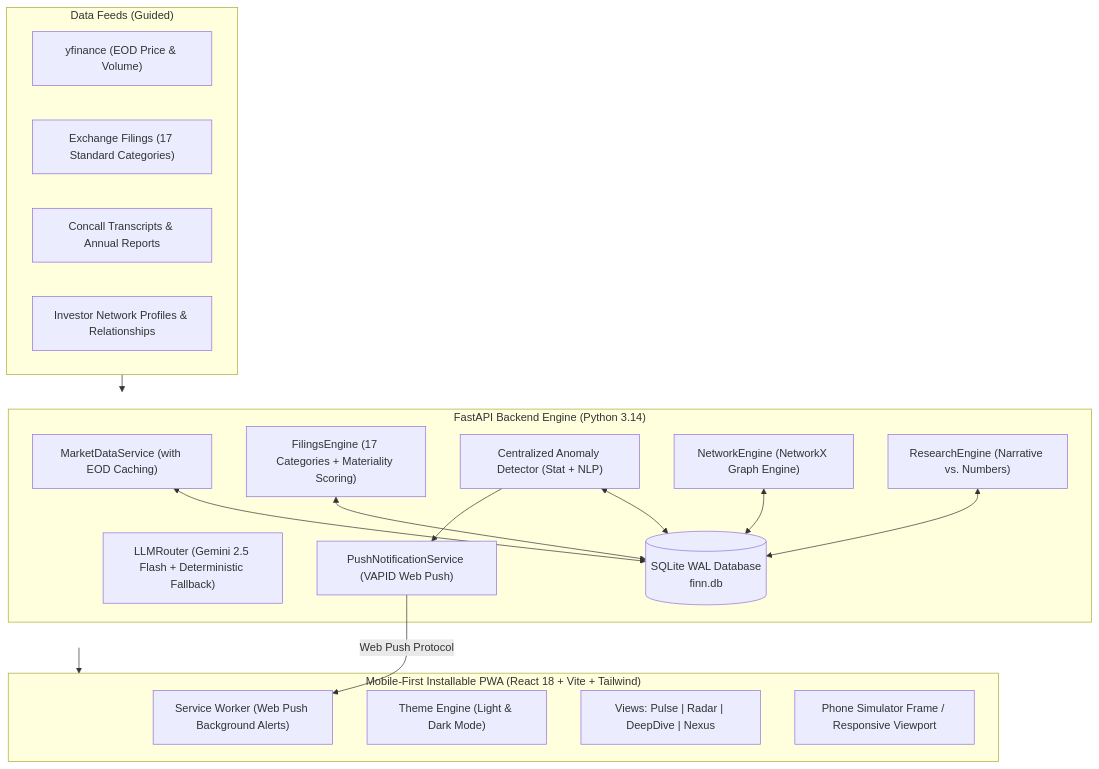
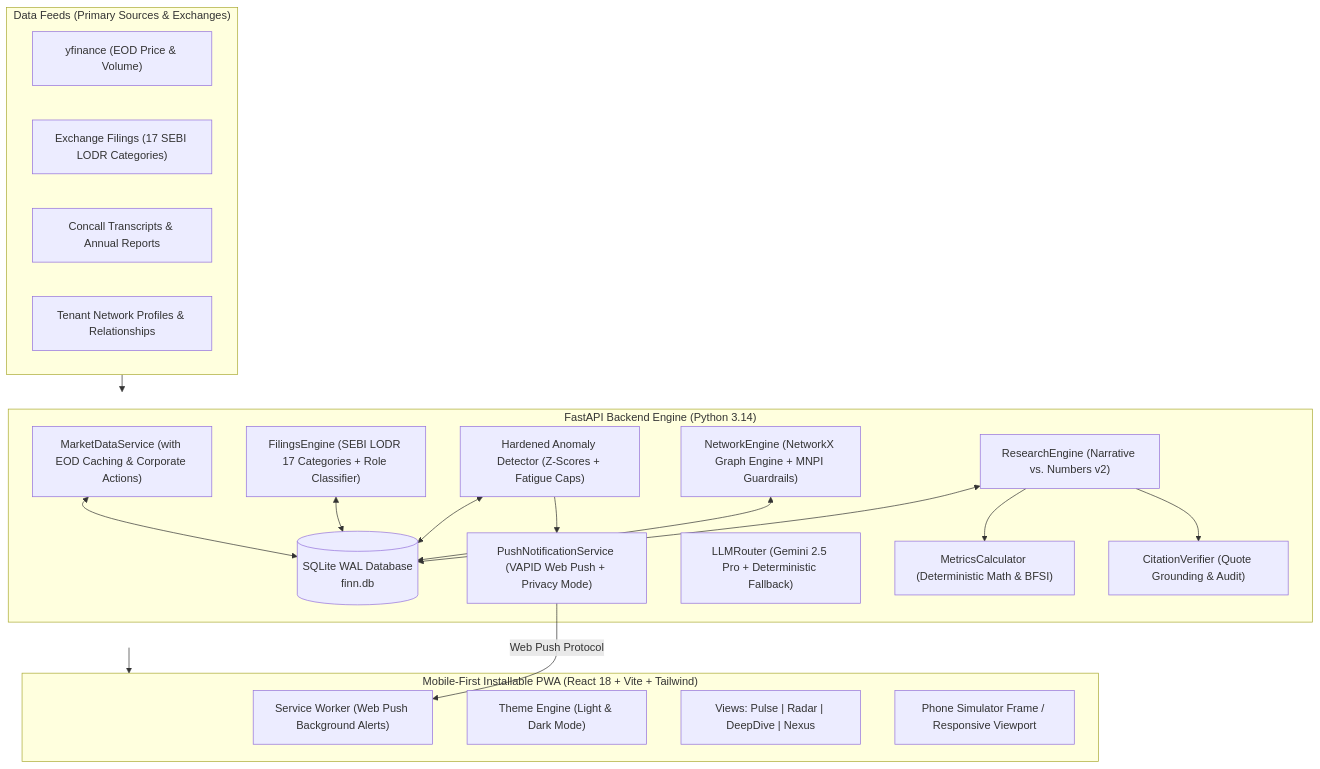
Before and after one commit to anirudh802/ENAM-task: the diagram in DOCUMENTATION.md, drawn with Mermaid. The commit also changed other lines of this file and 1 other file, not shown here.

````diff
--- a/DOCUMENTATION.md
+++ b/DOCUMENTATION.md
@@ -22,37 +22,41 @@
 ```mermaid
 flowchart TD
-    subgraph DataFeeds ["Data Feeds (Guided)"]
+    subgraph DataFeeds ["Data Feeds (Primary Sources & Exchanges)"]
         YF["yfinance (EOD Price & Volume)"]
-        Filings["Exchange Filings (17 Standard Categories)"]
+        Filings["Exchange Filings (17 SEBI LODR Categories)"]
         Transcripts["Concall Transcripts & Annual Reports"]
-        NetworkDB["Investor Network Profiles & Relationships"]
+        NetworkDB["Tenant Network Profiles & Relationships"]
     end
 
     subgraph BackendCore ["FastAPI Backend Engine (Python 3.14)"]
-        MarketService["MarketDataService (with EOD Caching)"]
-        FilingsEngine["FilingsEngine (17 Categories + Materiality Scoring)"]
-        AnomalyDetector["Centralized Anomaly Detector (Stat + NLP)"]
-        NetworkEngine["NetworkEngine (NetworkX Graph Engine)"]
-        ResearchEngine["ResearchEngine (Narrative vs. Numbers)"]
-        PushService["PushNotificationService (VAPID Web Push)"]
-        LLMRouter["LLMRouter (Gemini 2.5 Flash + Deterministic Fallback)"]
+        MarketService["MarketDataService (with EOD Caching & Corporate Actions)"]
+        FilingsEngine["FilingsEngine (SEBI LODR 17 Categories + Role Classifier)"]
+        AnomalyDetector["Hardened Anomaly Detector (Z-Scores + Fatigue Caps)"]
+        NetworkEngine["NetworkEngine (NetworkX Graph Engine + MNPI Guardrails)"]
+        ResearchEngine["ResearchEngine (Narrative vs. Numbers v2)"]
+        MetricsCalc["MetricsCalculator (Deterministic Math & BFSI)"]
+        CitationVerif["CitationVerifier (Quote Grounding & Audit)"]
+        PushService["PushNotificationService (VAPID Web Push + Privacy Mode)"]
+        LLMRouter["LLMRouter (Gemini 2.5 Pro + Deterministic Fallback)"]
         SQLiteStore[("SQLite WAL Database\nfinn.db")]
     end
 
     subgraph ClientPWA ["Mobile-First Installable PWA (React 18 + Vite + Tailwind)"]
         SW["Service Worker (Web Push Background Alerts)"]
         Theme["Theme Engine (Light & Dark Mode)"]
         Views["Views: Pulse | Radar | DeepDive | Nexus"]
         PhoneSim["Phone Simulator Frame / Responsive Viewport"]
     end
 
     DataFeeds --> BackendCore
     MarketService <--> SQLiteStore
     FilingsEngine <--> SQLiteStore
     AnomalyDetector <--> SQLiteStore
     NetworkEngine <--> SQLiteStore
     ResearchEngine <--> SQLiteStore
+    ResearchEngine --> MetricsCalc
+    ResearchEngine --> CitationVerif
     AnomalyDetector --> PushService
     PushService -->|Web Push Protocol| SW
     BackendCore --> ClientPWA
 ```
````
